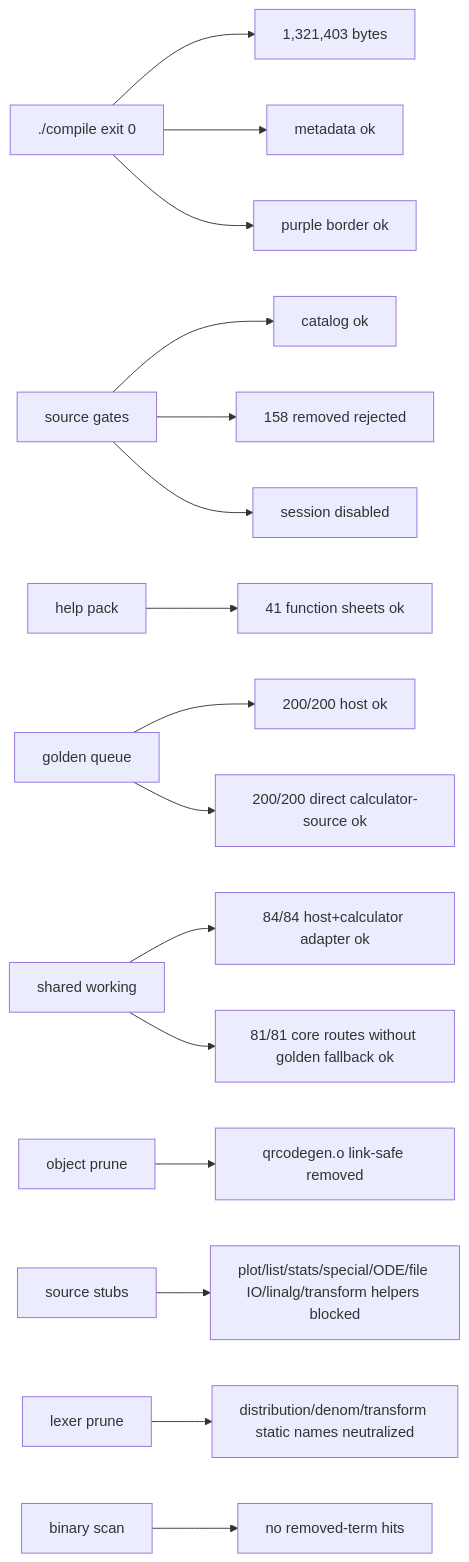
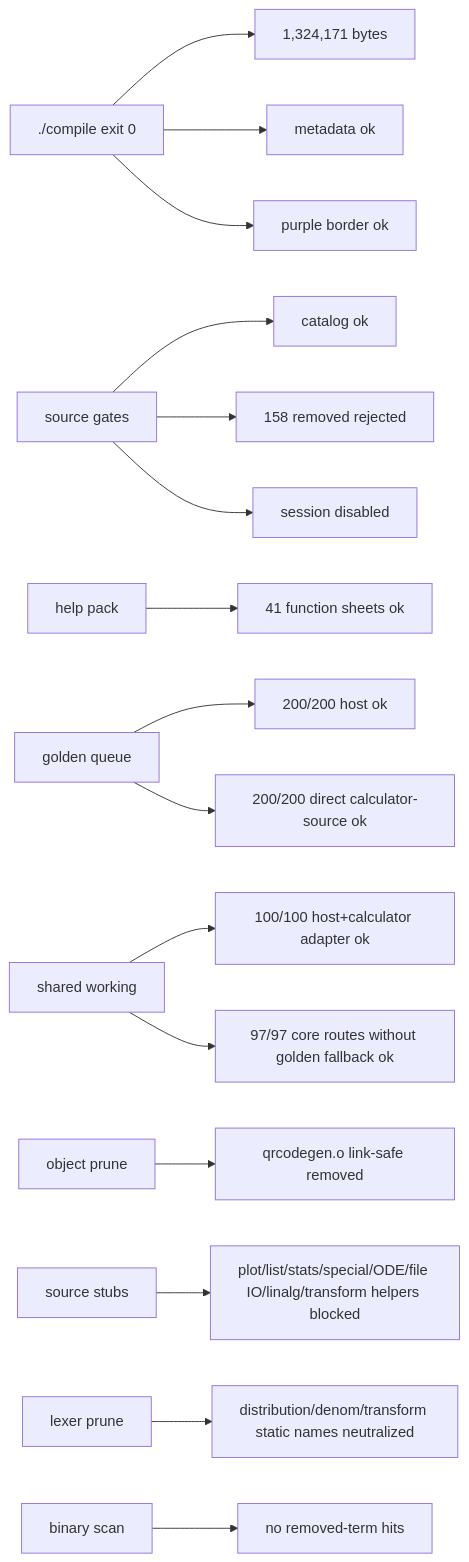
The seventh of 7 diagrams in docs/GRAPH.md (james8464/notes-addin-casio-fx-cg50), drawn with Mermaid before and after one commit. The commit also changed other lines of this file and 3 other files, not shown here.

Commit message:
feat: expand exam working routes

````diff
--- a/docs/GRAPH.md
+++ b/docs/GRAPH.md
@@ -143,18 +145,18 @@
 ```mermaid
 graph LR
-  Build["./compile exit 0"] --> Size["1,321,403 bytes"]
+  Build["./compile exit 0"] --> Size["1,324,171 bytes"]
   Build --> Meta["metadata ok"]
   Build --> Border["purple border ok"]
   Source["source gates"] --> Catalog["catalog ok"]
   Source --> Removed["158 removed rejected"]
   Source --> Session["session disabled"]
   Help["help pack"] --> HelpQ["41 function sheets ok"]
   Queue["golden queue"] --> QueueRun["200/200 host ok"]
   Queue --> GoldenRun["200/200 direct calculator-source ok"]
-  Shared["shared working"] --> SharedRun["84/84 host+calculator adapter ok"]
-  Shared --> CoreRun["81/81 core routes without golden fallback ok"]
+  Shared["shared working"] --> SharedRun["100/100 host+calculator adapter ok"]
+  Shared --> CoreRun["97/97 core routes without golden fallback ok"]
   Obj["object prune"] --> QR["qrcodegen.o link-safe removed"]
   Macro["source stubs"] --> Stubbed["plot/list/stats/special/ODE/file IO/linalg/transform helpers blocked"]
   Static["lexer prune"] --> StaticRun["distribution/denom/transform static names neutralized"]
   Bin["binary scan"] --> NoLeak["no removed-term hits"]
 ```
````
